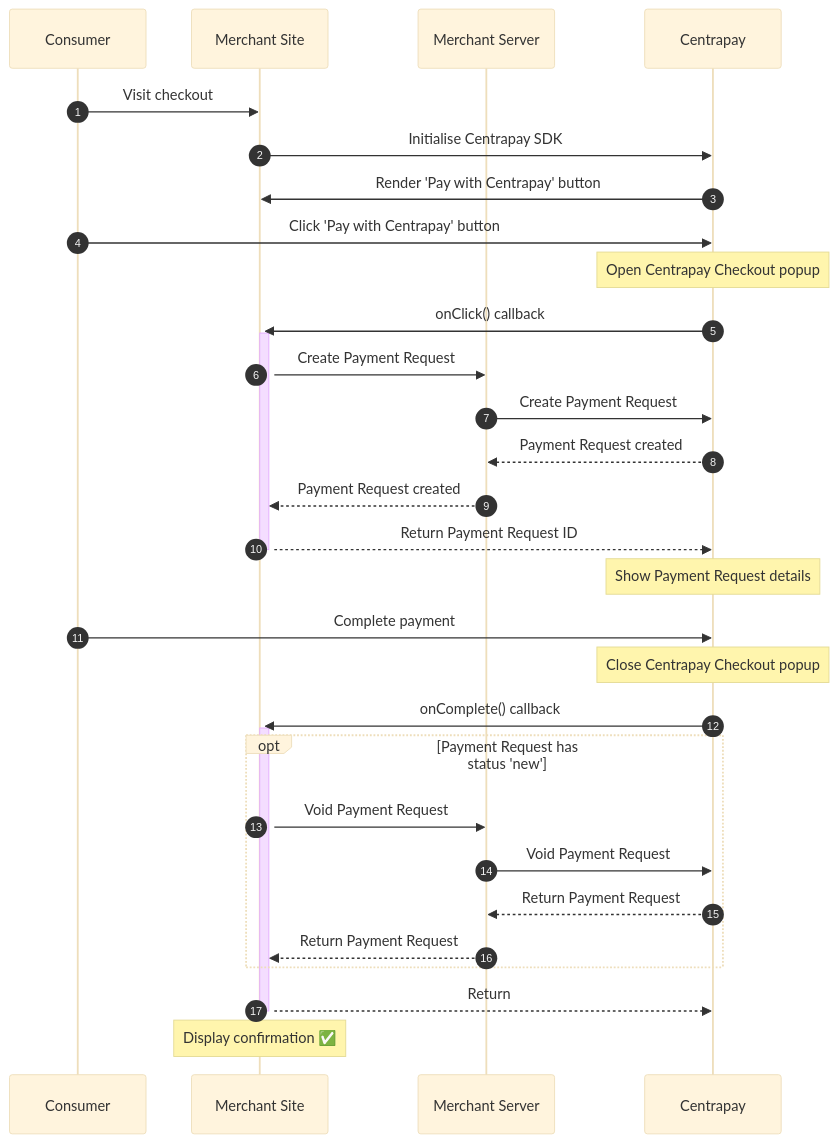
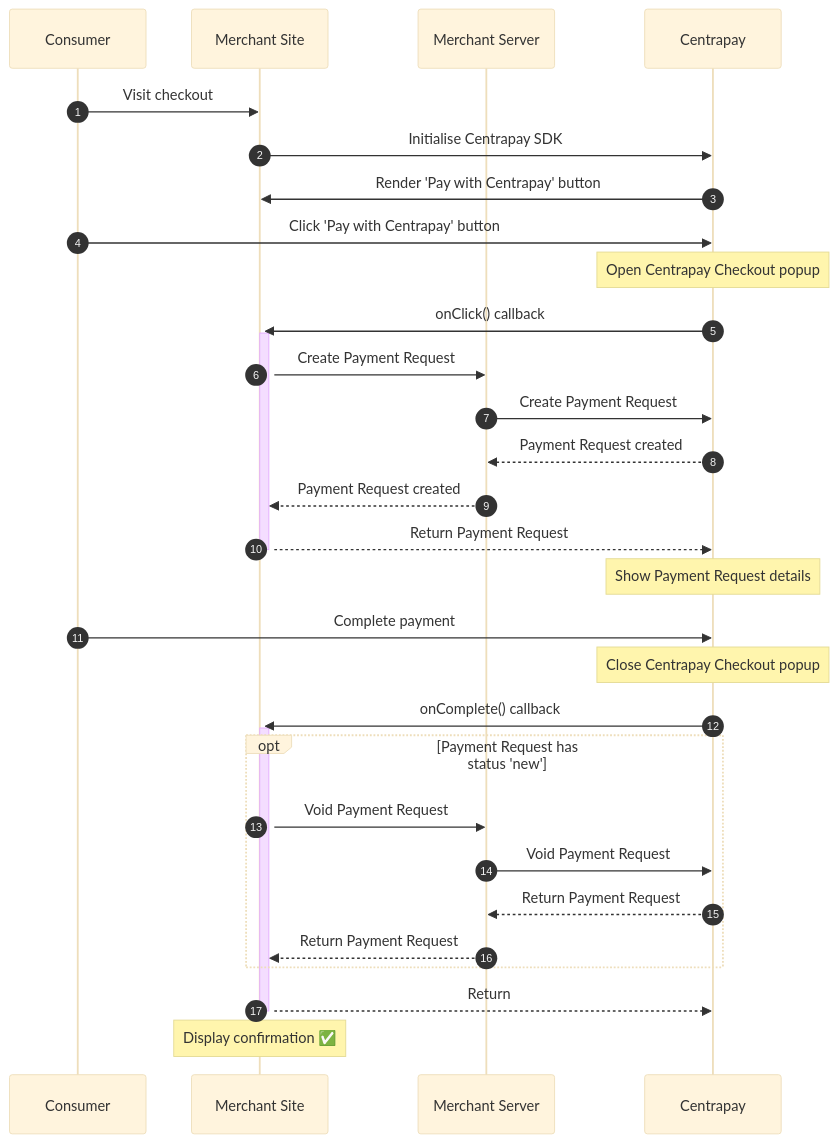
Before and after one commit to centrapay/centrapay-docs: the diagram in src/content/guides/ecommerce-website.mdx, drawn with Mermaid (base theme). The commit also changed other lines of this file, not shown here.

First line of the commit message:
♻️ Update ecommerce guide to return full Payment Request from onClick handler

````diff
--- a/src/content/guides/ecommerce-website.mdx
+++ b/src/content/guides/ecommerce-website.mdx
@@ -42,33 +42,33 @@
 ```mermaid
 sequenceDiagram
 autonumber
   participant Consumer
   participant MP as Merchant Site
   participant MS as Merchant Server
   participant CP as Centrapay
 
   Consumer->>MP: Visit checkout
   MP->>CP: Initialise Centrapay SDK
   CP->>MP: Render 'Pay with Centrapay' button
   Consumer->>CP: Click 'Pay with Centrapay' button
   Note over CP: Open Centrapay Checkout popup
   CP->>+MP: onClick() callback
   activate MP
   MP->>MS: Create Payment Request
   MS->>CP: Create Payment Request
   CP-->>MS: Payment Request created
   MS-->>MP: Payment Request created
-  MP-->>-CP: Return Payment Request ID
+  MP-->>-CP: Return Payment Request
   Note over CP: Show Payment Request details
   Consumer->>CP: Complete payment
   Note over CP: Close Centrapay Checkout popup
   CP->>+MP: onComplete() callback
   opt Payment Request has status 'new'
 	MP->>MS: Void Payment Request
   MS->>CP: Void Payment Request
   CP-->>MS: Return Payment Request
   MS-->>MP: Return Payment Request
   end
   MP-->>-CP: Return
   Note over MP: Display confirmation ✅
 ```
````
